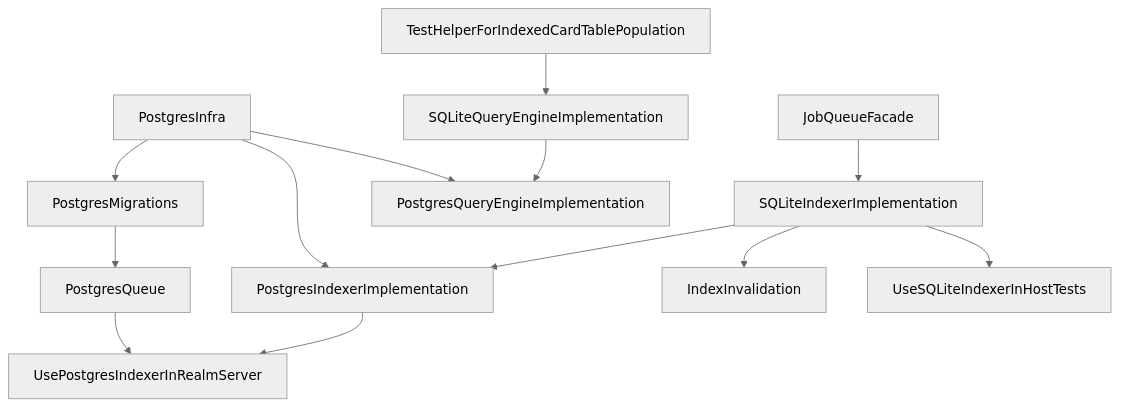
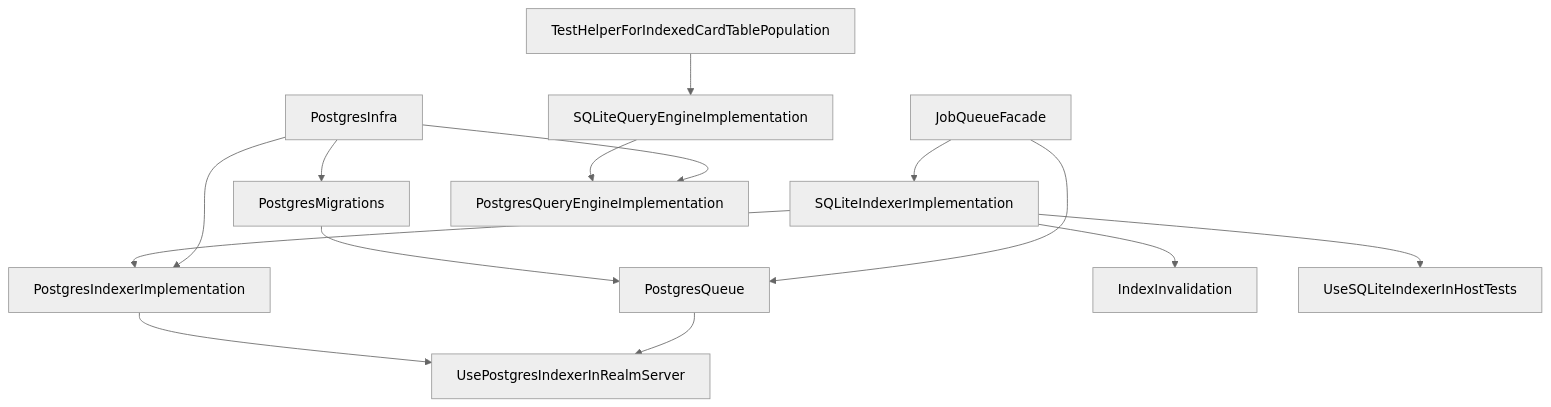
The diagram in docs/indexer-work-plan.mermaid (cardstack/boxel), drawn with Mermaid (neutral theme) before and after one commit.

```diff
--- a/docs/indexer-work-plan.mermaid
+++ b/docs/indexer-work-plan.mermaid
@@ -1,13 +1,14 @@
 flowchart
     PostgresInfra-->PostgresMigrations
     PostgresMigrations-->PostgresQueue
     JobQueueFacade-->SQLiteIndexerImplementation
     SQLiteIndexerImplementation-->PostgresIndexerImplementation
     PostgresInfra-->PostgresIndexerImplementation
     TestHelperForIndexedCardTablePopulation-->SQLiteQueryEngineImplementation
     SQLiteQueryEngineImplementation-->PostgresQueryEngineImplementation
     PostgresInfra-->PostgresQueryEngineImplementation
     SQLiteIndexerImplementation-->IndexInvalidation
     SQLiteIndexerImplementation-->UseSQLiteIndexerInHostTests
     PostgresIndexerImplementation-->UsePostgresIndexerInRealmServer
     PostgresQueue-->UsePostgresIndexerInRealmServer
+    JobQueueFacade-->PostgresQueue
```
